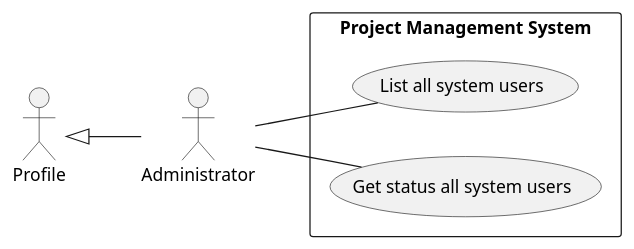
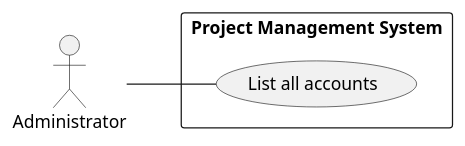
One commit to ivo-menezes/project_g3 changed the diagram in docs/modelling_design/user_stories/us004/US004_ListAllAccountsAndStatusUCD.puml. Above: the diagram before and after it, drawn with PlantUML. The commit also changed 7 other files, not shown here.

```diff
--- a/docs/modelling_design/user_stories/us004/US004_ListAllAccountsAndStatusUCD.puml
+++ b/docs/modelling_design/user_stories/us004/US004_ListAllAccountsAndStatusUCD.puml
@@ -1,12 +1,11 @@
 @startuml
 left to right direction
 
-Profile <|-- :Administrator:
+"Administrator"
 
 rectangle "Project Management System"{
 :Administrator: as Administrator
-Administrator -- (List all system users)
-Administrator -- (Get status all system users)
+Administrator -- (List all accounts)
 }
 
 @enduml
```
